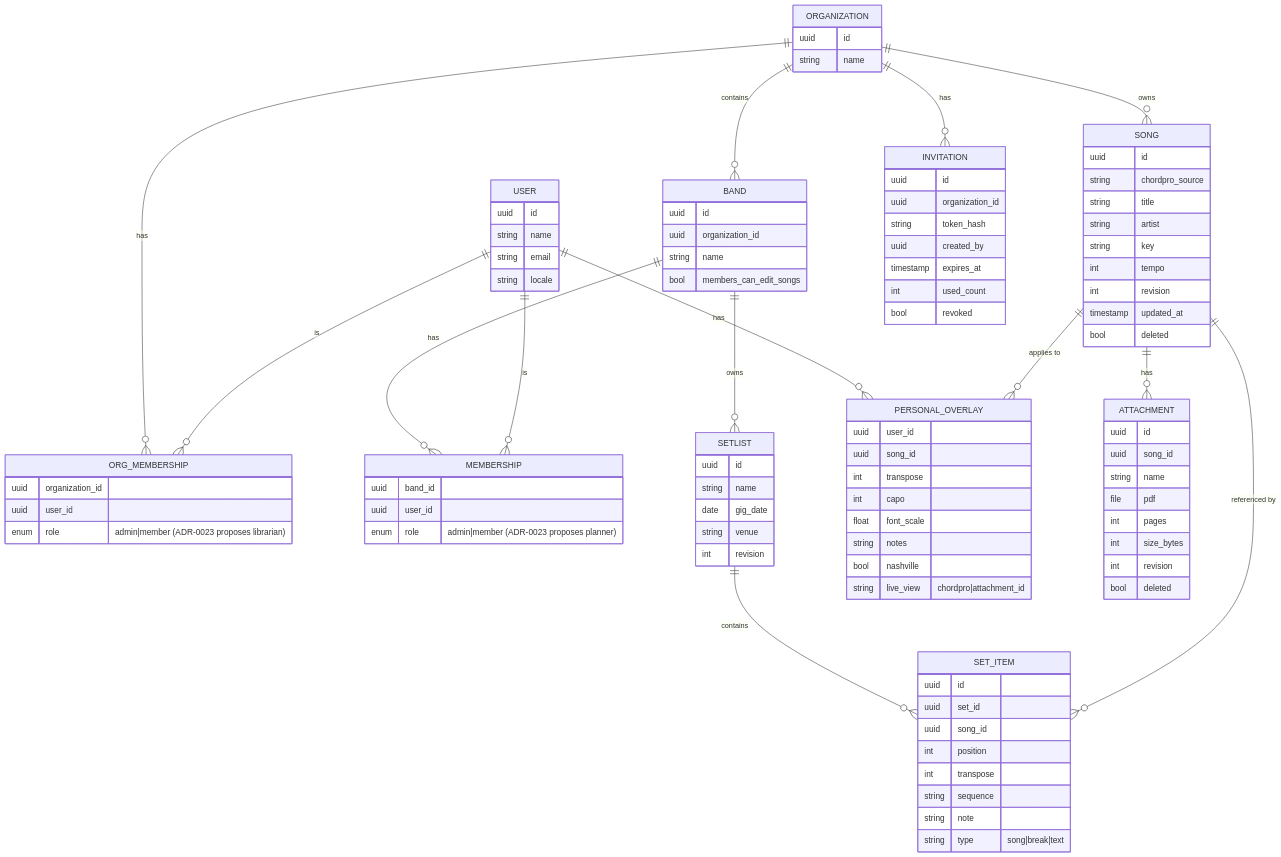
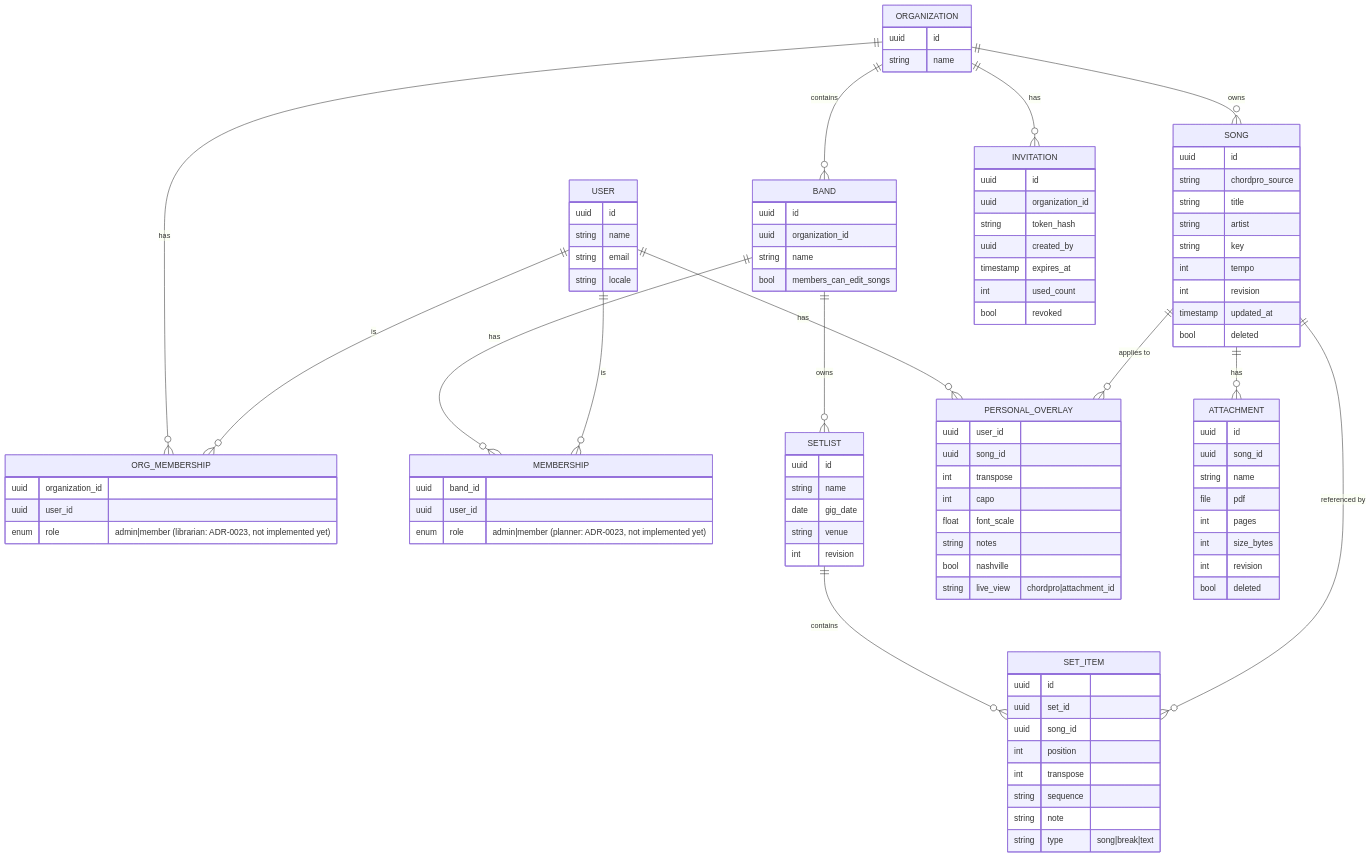
Before and after one commit to setDING/setDING: the second of 2 diagrams in docs/architecture/README.md, drawn with Mermaid. The commit also changed other lines of this file and 4 other files, not shown here.

````diff
--- a/docs/architecture/README.md
+++ b/docs/architecture/README.md
@@ -113,28 +119,28 @@
 ```mermaid
 erDiagram
     ORGANIZATION ||--o{ ORG_MEMBERSHIP : has
     USER ||--o{ ORG_MEMBERSHIP : is
     ORGANIZATION ||--o{ BAND : contains
     ORGANIZATION ||--o{ SONG : owns
     BAND ||--o{ MEMBERSHIP : has
     USER ||--o{ MEMBERSHIP : is
     BAND ||--o{ SETLIST : owns
     SETLIST ||--o{ SET_ITEM : contains
     SONG ||--o{ SET_ITEM : "referenced by"
     USER ||--o{ PERSONAL_OVERLAY : has
     SONG ||--o{ PERSONAL_OVERLAY : "applies to"
     SONG ||--o{ ATTACHMENT : has
     ORGANIZATION ||--o{ INVITATION : has
 
     ORGANIZATION { uuid id string name }
-    ORG_MEMBERSHIP { uuid organization_id uuid user_id enum role "admin|member (ADR-0023 proposes librarian)" }
+    ORG_MEMBERSHIP { uuid organization_id uuid user_id enum role "admin|member (librarian: ADR-0023, not implemented yet)" }
     BAND { uuid id uuid organization_id string name bool members_can_edit_songs }
     USER { uuid id string name string email string locale }
-    MEMBERSHIP { uuid band_id uuid user_id enum role "admin|member (ADR-0023 proposes planner)" }
+    MEMBERSHIP { uuid band_id uuid user_id enum role "admin|member (planner: ADR-0023, not implemented yet)" }
     SONG { uuid id string chordpro_source string title string artist string key int tempo int revision timestamp updated_at bool deleted }
     SETLIST { uuid id string name date gig_date string venue int revision }
     SET_ITEM { uuid id uuid set_id uuid song_id int position int transpose string sequence string note string type "song|break|text" }
     PERSONAL_OVERLAY { uuid user_id uuid song_id int transpose int capo float font_scale string notes bool nashville string live_view "chordpro|attachment_id" }
     ATTACHMENT { uuid id uuid song_id string name file pdf int pages int size_bytes int revision bool deleted }
     INVITATION { uuid id uuid organization_id string token_hash uuid created_by timestamp expires_at int used_count bool revoked }
 ```
````
